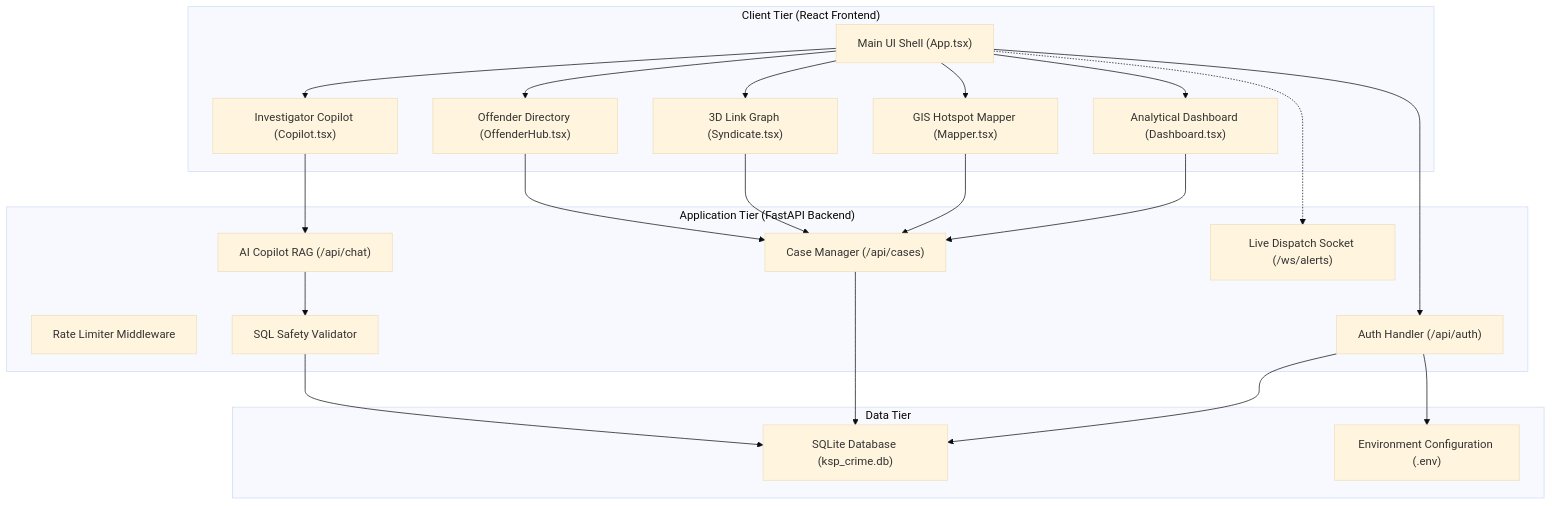
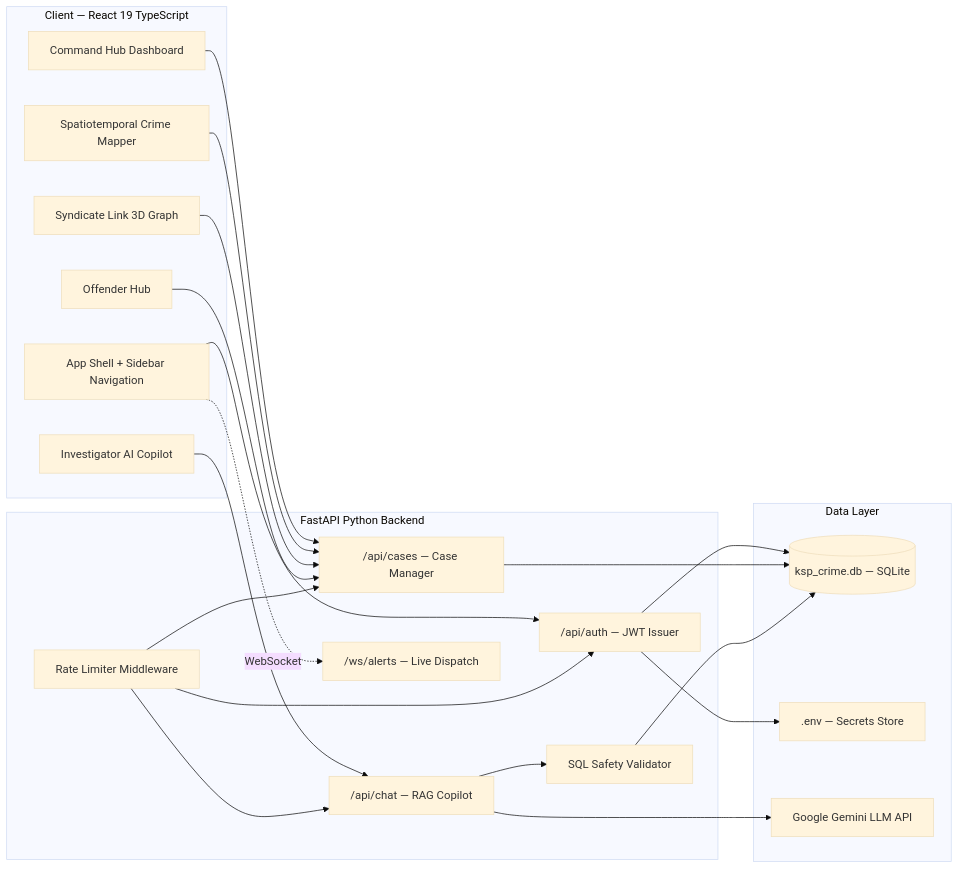
Before and after one commit to apurvafx/GITWOLVES-DATATHON: the first of 3 diagrams in README.md, drawn with Mermaid (base theme). The commit also changed other lines of this file, not shown here.

Commit message:
docs: overhaul README with professional layout, tech tables, and improved diagrams

````diff
--- a/README.md
+++ b/README.md
@@ -57,45 +98,45 @@
 ```mermaid
-graph TD
-    subgraph Client ["Client Tier (React Frontend)"]
-        UI["Main UI Shell (App.tsx)"]
-        Dash["Analytical Dashboard (Dashboard.tsx)"]
-        MapC["GIS Hotspot Mapper (Mapper.tsx)"]
-        Syn["3D Link Graph (Syndicate.tsx)"]
-        Cop["Investigator Copilot (Copilot.tsx)"]
-        Off["Offender Directory (OffenderHub.tsx)"]
+graph LR
+    subgraph Browser["Client — React 19 TypeScript"]
+        Shell["App Shell + Sidebar Navigation"]
+        Dashboard["Command Hub Dashboard"]
+        Copilot["Investigator AI Copilot"]
+        Mapper["Spatiotemporal Crime Mapper"]
+        Syndicate["Syndicate Link 3D Graph"]
+        Offender["Offender Hub"]
     end
 
-    subgraph API ["Application Tier (FastAPI Backend)"]
+    subgraph Backend["FastAPI Python Backend"]
         RL["Rate Limiter Middleware"]
-        AuthRoute["Auth Handler (/api/auth)"]
-        CaseRoute["Case Manager (/api/cases)"]
-        ChatRoute["AI Copilot RAG (/api/chat)"]
-        WSRoute["Live Dispatch Socket (/ws/alerts)"]
-        SQLScan["SQL Safety Validator"]
+        Auth["/api/auth — JWT Issuer"]
+        Cases["/api/cases — Case Manager"]
+        Chat["/api/chat — RAG Copilot"]
+        WS["/ws/alerts — Live Dispatch"]
+        Safety["SQL Safety Validator"]
     end
 
-    subgraph Data ["Data Tier"]
-        DB["SQLite Database (ksp_crime.db)"]
-        Env["Environment Configuration (.env)"]
+    subgraph Data["Data Layer"]
+        DB[("ksp_crime.db — SQLite")]
+        Env[".env — Secrets Store"]
+        Gemini["Google Gemini LLM API"]
     end
 
-    UI --> Dash
-    UI --> MapC
-    UI --> Syn
-    UI --> Cop
-    UI --> Off
+    Shell --> Auth
+    Shell -.->|WebSocket| WS
+    Dashboard --> Cases
+    Copilot --> Chat
+    Mapper --> Cases
+    Syndicate --> Cases
+    Offender --> Cases
 
-    Dash --> CaseRoute
-    MapC --> CaseRoute
-    Syn --> CaseRoute
-    Cop --> ChatRoute
-    Off --> CaseRoute
-    UI --> AuthRoute
-    UI -.-> WSRoute
+    RL --> Auth
+    RL --> Cases
+    RL --> Chat
 
-    AuthRoute --> Env
-    AuthRoute --> DB
-    CaseRoute --> DB
-    ChatRoute --> SQLScan
-    SQLScan --> DB
+    Auth --> Env
+    Auth --> DB
+    Cases --> DB
+    Chat --> Safety
+    Safety --> DB
+    Chat --> Gemini
 ```
````
